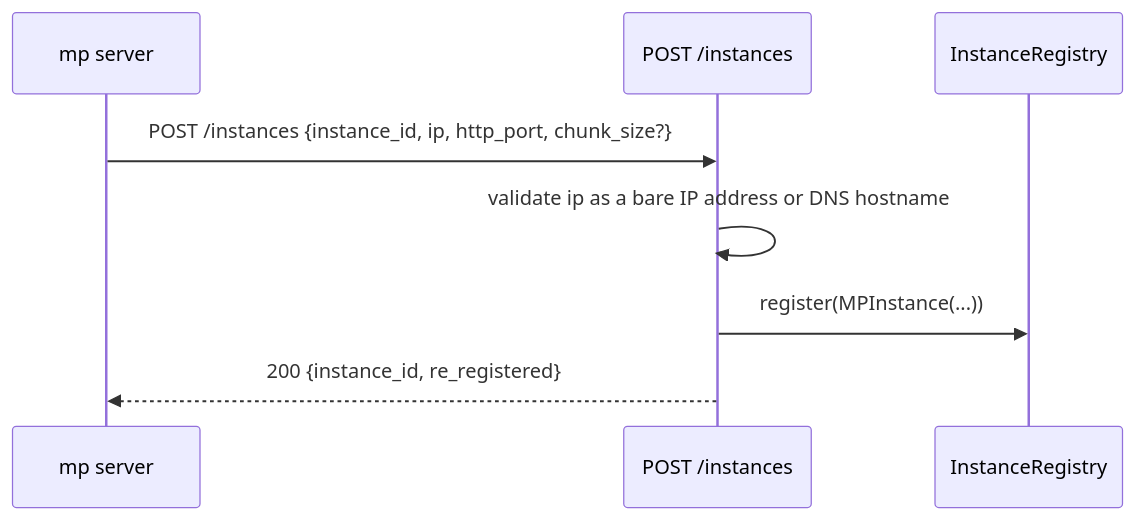
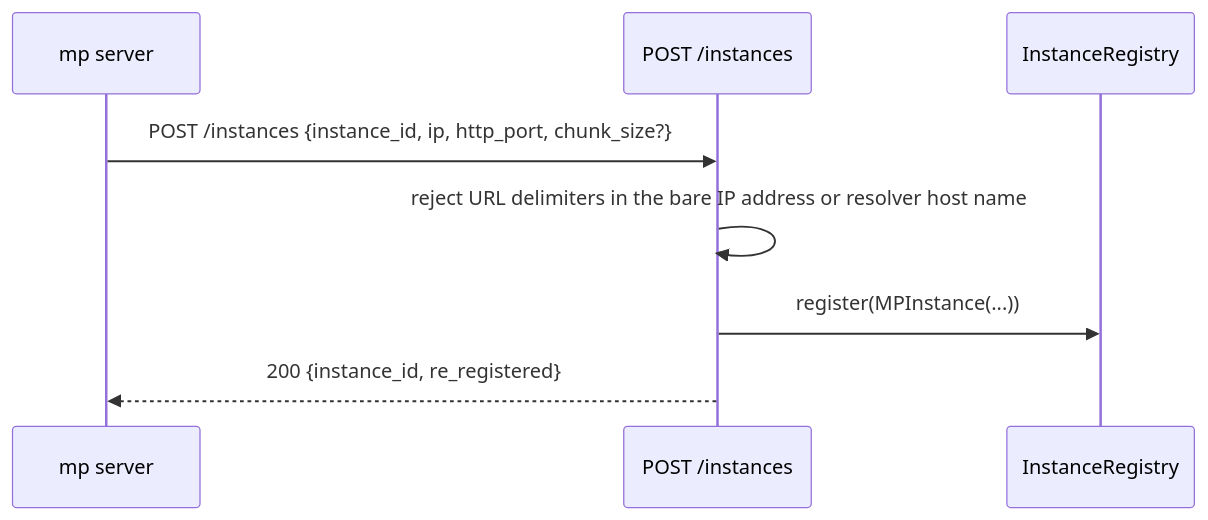
The first of 2 diagrams in docs/design/v1/mp_coordinator/README.md (LMCache/LMCache), drawn with Mermaid before and after one commit. The commit also changed 3 other files, not shown here.

````diff
--- a/docs/design/v1/mp_coordinator/README.md
+++ b/docs/design/v1/mp_coordinator/README.md
@@ -105,11 +105,11 @@
 ```mermaid
 sequenceDiagram
     participant C as mp server
     participant API as POST /instances
     participant Reg as InstanceRegistry
 
     C->>API: POST /instances {instance_id, ip, http_port, chunk_size?}
-    API->>API: validate ip as a bare IP address or DNS hostname
+    API->>API: reject URL delimiters in the bare IP address or resolver host name
     API->>Reg: register(MPInstance(...))
     API-->>C: 200 {instance_id, re_registered}
 ```
````
